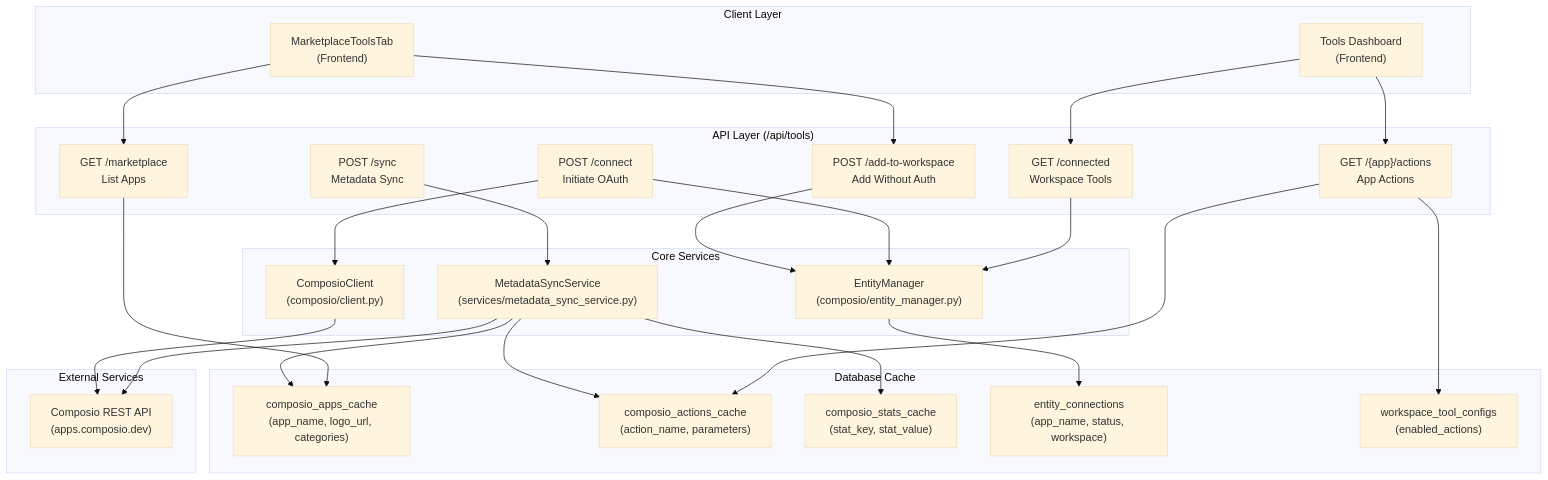
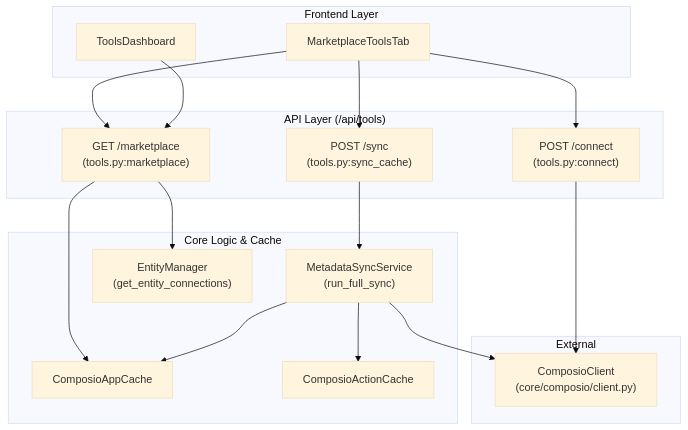
Before and after one commit to AutomatosAI/automatos-ai: the first of 2 diagrams in docs/tools-integrations/tools-api-reference.md, drawn with Mermaid (base theme). The commit also changed other lines of this file and 149 other files, not shown here.

Commit message:
docs: refresh documentation with graphify semantic scan

````diff
--- a/docs/tools-integrations/tools-api-reference.md
+++ b/docs/tools-integrations/tools-api-reference.md
@@ -81,57 +52,37 @@
 ```mermaid
 graph TB
-    subgraph "Client Layer"
-        UI["MarketplaceToolsTab<br/>(Frontend)"]
-        ToolsPage["Tools Dashboard<br/>(Frontend)"]
+    subgraph "Frontend Layer"
+        UI["MarketplaceToolsTab"]
+        Dashboard["ToolsDashboard"]
     end
     
     subgraph "API Layer (/api/tools)"
-        MarketplaceEP["GET /marketplace<br/>List Apps"]
-        ConnectedEP["GET /connected<br/>Workspace Tools"]
-        ActionsEP["GET /{app}/actions<br/>App Actions"]
-        ConnectEP["POST /connect<br/>Initiate OAuth"]
-        AddEP["POST /add-to-workspace<br/>Add Without Auth"]
-        SyncEP["POST /sync<br/>Metadata Sync"]
+        MktEP["GET /marketplace<br/>(tools.py:marketplace)"]
+        SyncEP["POST /sync<br/>(tools.py:sync_cache)"]
+        ConnectEP["POST /connect<br/>(tools.py:connect)"]
     end
     
-    subgraph "Core Services"
-        EM["EntityManager<br/>(composio/entity_manager.py)"]
-        CC["ComposioClient<br/>(composio/client.py)"]
-        MSS["MetadataSyncService<br/>(services/metadata_sync_service.py)"]
+    subgraph "Core Logic & Cache"
+        MSS["MetadataSyncService<br/>(run_full_sync)"]
+        AppCache["ComposioAppCache"]
+        ActionCache["ComposioActionCache"]
+        EM["EntityManager<br/>(get_entity_connections)"]
     end
     
-    subgraph "Database Cache"
-        AppCache["composio_apps_cache<br/>(app_name, logo_url, categories)"]
-        ActionCache["composio_actions_cache<br/>(action_name, parameters)"]
-        StatsCache["composio_stats_cache<br/>(stat_key, stat_value)"]
-        Connections["entity_connections<br/>(app_name, status, workspace)"]
-        ToolConfig["workspace_tool_configs<br/>(enabled_actions)"]
+    subgraph "External"
+        CompAPI["ComposioClient<br/>(core/composio/client.py)"]
     end
-    
-    subgraph "External Services"
-        ComposioAPI["Composio REST API<br/>(apps.composio.dev)"]
-    end
-    
-    UI --> MarketplaceEP
-    ToolsPage --> ConnectedEP
-    ToolsPage --> ActionsEP
-    UI --> AddEP
-    
-    MarketplaceEP --> AppCache
-    ConnectedEP --> EM
-    ActionsEP --> ActionCache
-    ActionsEP --> ToolConfig
-    ConnectEP --> CC
-    ConnectEP --> EM
-    AddEP --> EM
-    
-    EM --> Connections
-    
+
+    UI --> MktEP
+    Dashboard --> MktEP
+    MktEP --> AppCache
+    MktEP --> EM
+    UI --> SyncEP
     SyncEP --> MSS
-    MSS --> ComposioAPI
+    MSS --> CompAPI
     MSS --> AppCache
     MSS --> ActionCache
-    MSS --> StatsCache
     
-    CC --> ComposioAPI
+    UI --> ConnectEP
+    ConnectEP --> CompAPI
 ```
````
